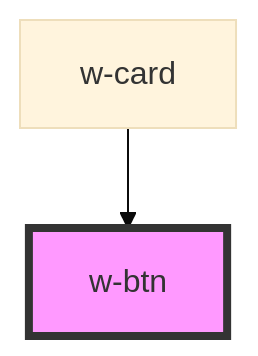
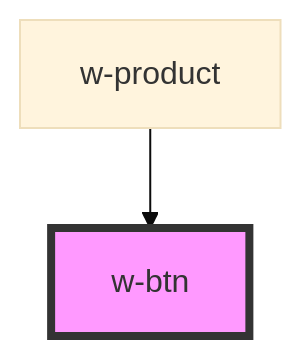
One commit to xe4me/woolies-design-system changed the diagram in src/components/w-btn/readme.md. Above: the diagram before and after it, drawn with Mermaid (base theme). The commit also changed other lines of this file and 20 other files, not shown here.

Commit message:
Removed w-card and implemented w-product

````diff
--- a/src/components/w-btn/readme.md
+++ b/src/components/w-btn/readme.md
@@ -24,5 +25,5 @@
 ```mermaid
 graph TD;
-  w-card --> w-btn
+  w-product --> w-btn
   style w-btn fill:#f9f,stroke:#333,stroke-width:4px
 ```
````
